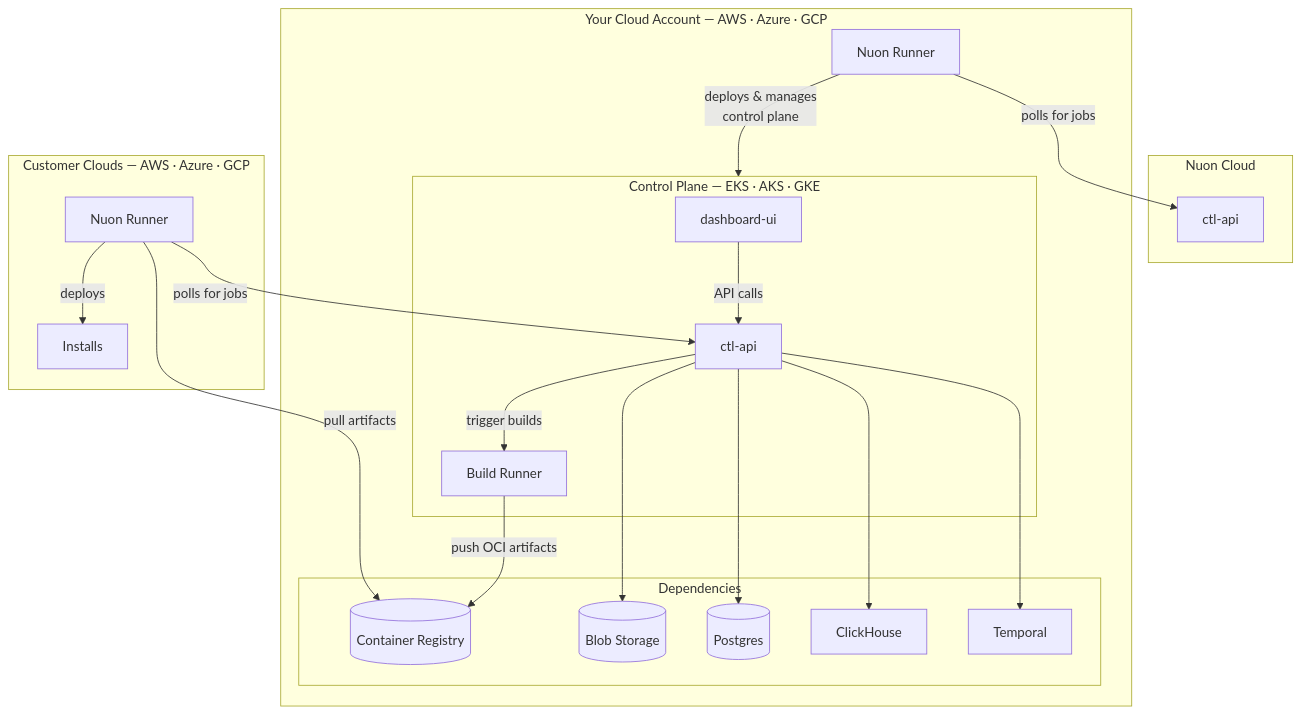
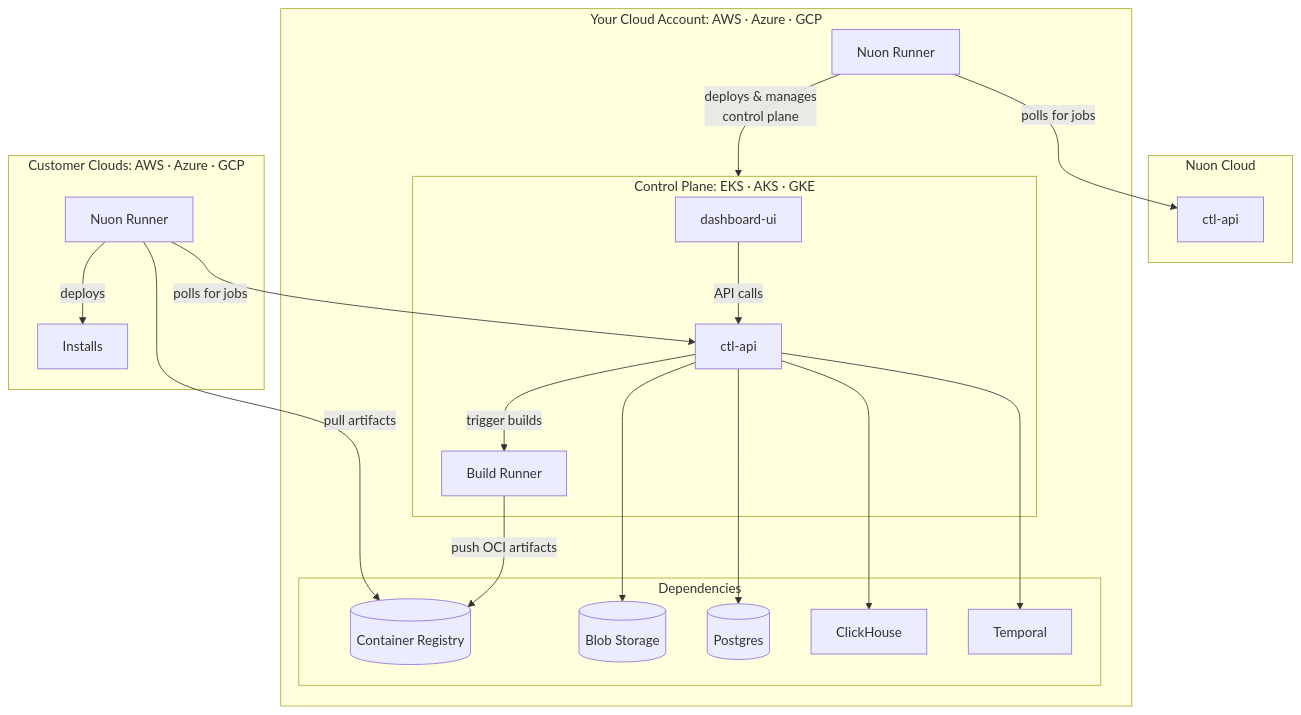
One commit to nuonco/nuon changed the diagram in docs/guides/byoc.mdx. Above: the diagram before and after it, drawn with Mermaid. The commit also changed other lines of this file and 6 other files, not shown here.

````diff
--- a/docs/guides/byoc.mdx
+++ b/docs/guides/byoc.mdx
@@ -18,44 +18,44 @@
 ```mermaid
 flowchart TD
     subgraph NuonCloud["Nuon Cloud"]
         NC_CTL["ctl-api"]
     end
 
-    subgraph YourCloud["Your Cloud Account — AWS · Azure · GCP"]
+    subgraph YourCloud["Your Cloud Account: AWS · Azure · GCP"]
         NR["Nuon Runner"]
 
-        subgraph CP["Control Plane — EKS · AKS · GKE"]
+        subgraph CP["Control Plane: EKS · AKS · GKE"]
             DASH["dashboard-ui"]
             CTL["ctl-api"]
             BR["Build Runner"]
         end
 
         subgraph Deps["Dependencies"]
             TMP["Temporal"]
             CH["ClickHouse"]
             DB[("Postgres")]
             REG[("Container Registry")]
             BLOB[("Blob Storage")]
         end
     end
 
-    subgraph EndCustomers["Customer Clouds — AWS · Azure · GCP"]
+    subgraph EndCustomers["Customer Clouds: AWS · Azure · GCP"]
         R["Nuon Runner"]
         I["Installs"]
     end
 
     NR -->|"polls for jobs"| NC_CTL
     NR -->|"deploys & manages\ncontrol plane"| CP
 
     DASH -->|"API calls"| CTL
     CTL --> TMP
     CTL --> CH
     CTL --> DB
     CTL --> BLOB
     CTL -->|"trigger builds"| BR
     BR -->|"push OCI artifacts"| REG
 
     R -->|"polls for jobs"| CTL
     R -->|"pull artifacts"| REG
     R -->|"deploys"| I
 ```
````
